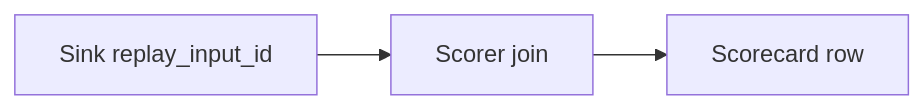
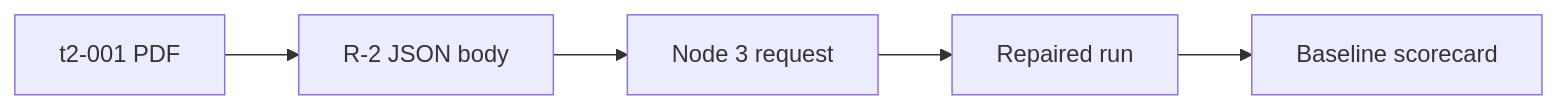
One commit to beyondalgorithms2026-source/Rescue_Diagnostic changed the diagram in .ai/REVIEW.md. Above: the diagram before and after it, drawn with Mermaid. The commit also changed other lines of this file and 16 other files, not shown here.

Commit message:
Complete T8 repaired baseline replay

````diff
--- a/.ai/REVIEW.md
+++ b/.ai/REVIEW.md
@@ -8,4 +8,7 @@
 ```mermaid
 flowchart LR
-  S[Sink replay_input_id] --> J[Scorer join] --> C[Scorecard row]
+  PDF[t2-001 PDF] --> R2[R-2 JSON body]
+  R2 --> N3[Node 3 request]
+  N3 --> Run[Repaired run]
+  Run --> Score[Baseline scorecard]
 ```
````
